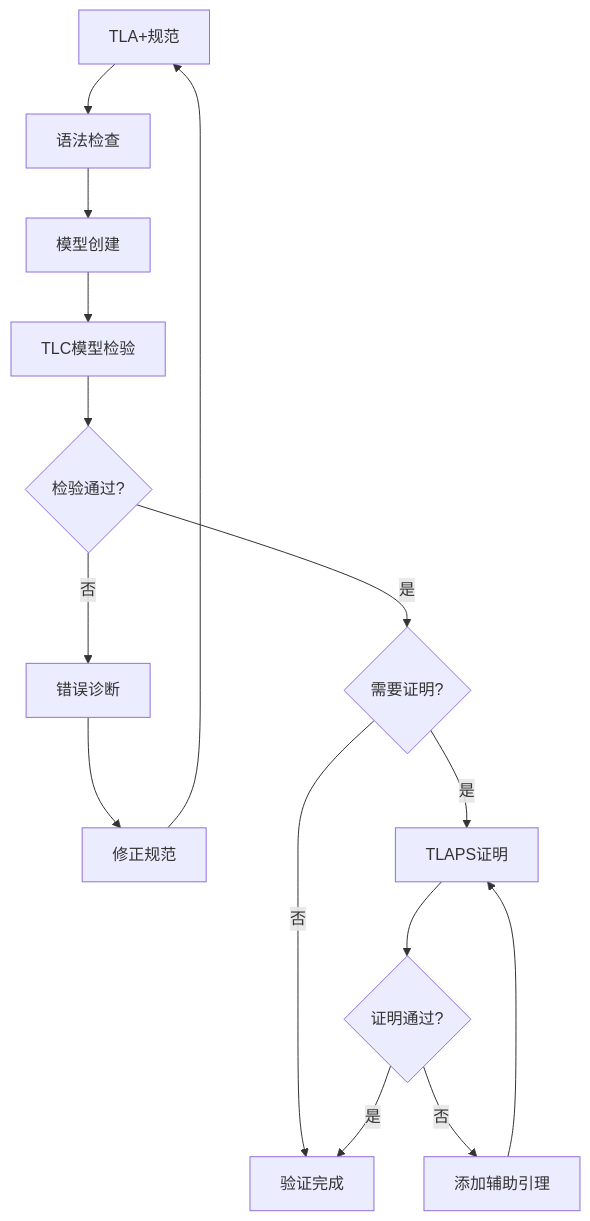
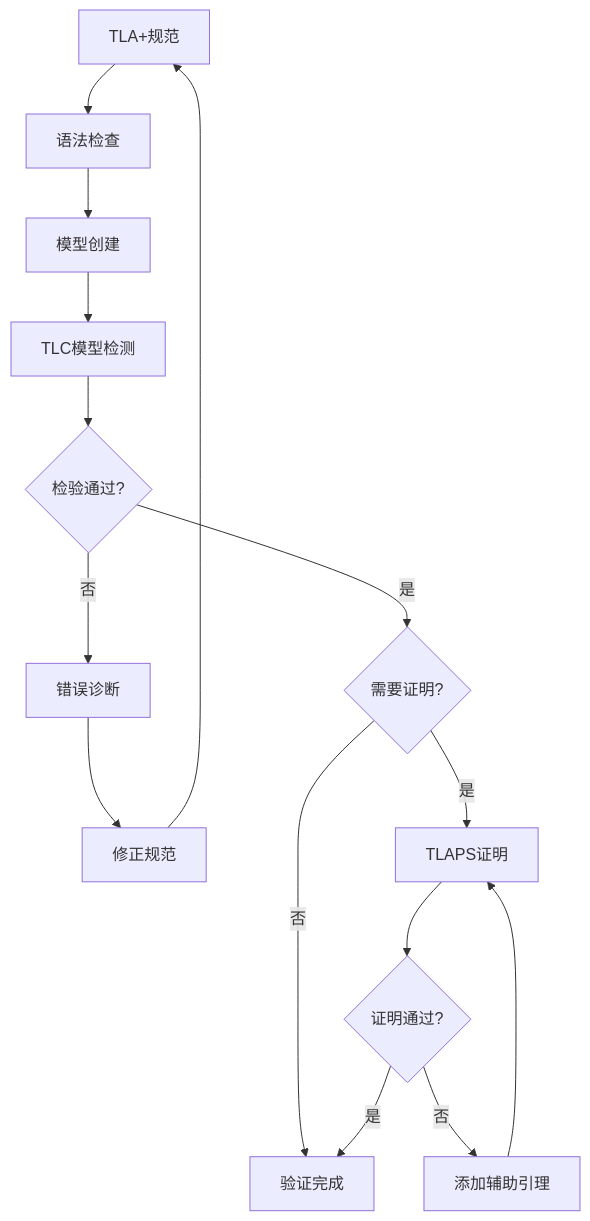
Before and after one commit to AdaMartin18010/AnalysisDataFlow: the fourth of 5 diagrams in formal-methods/06-tools/academic/04-tla-toolbox.md, drawn with Mermaid. The commit also changed other lines of this file and 129 other files, not shown here.

````diff
--- a/formal-methods/06-tools/academic/04-tla-toolbox.md
+++ b/formal-methods/06-tools/academic/04-tla-toolbox.md
@@ -279,17 +279,17 @@
 ```mermaid
 flowchart TD
     A[TLA+规范] --> B[语法检查]
     B --> C[模型创建]
-    C --> D[TLC模型检验]
+    C --> D[TLC模型检测]
     D --> E{检验通过?}
     E -->|否| F[错误诊断]
     F --> G[修正规范]
     G --> A
     E -->|是| H{需要证明?}
     H -->|否| I[验证完成]
     H -->|是| J[TLAPS证明]
     J --> K{证明通过?}
     K -->|否| L[添加辅助引理]
     L --> J
     K -->|是| I
 ```
````
